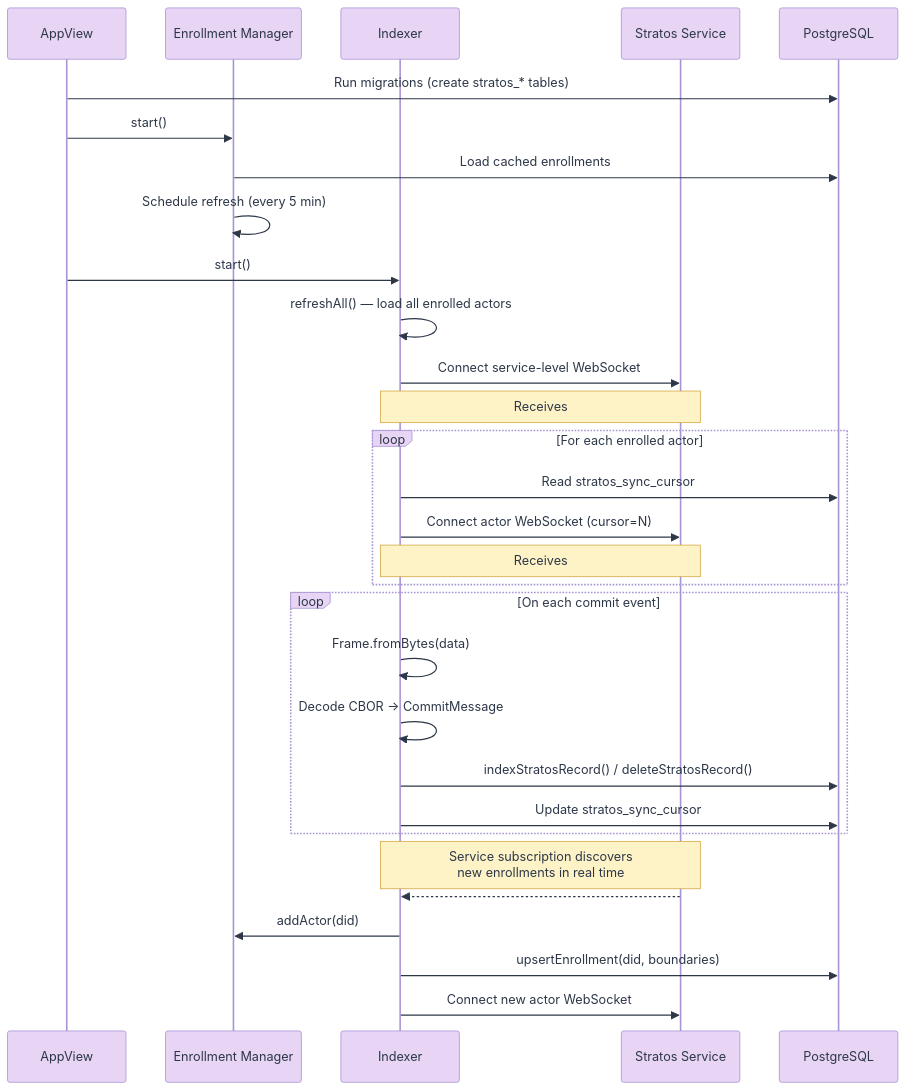
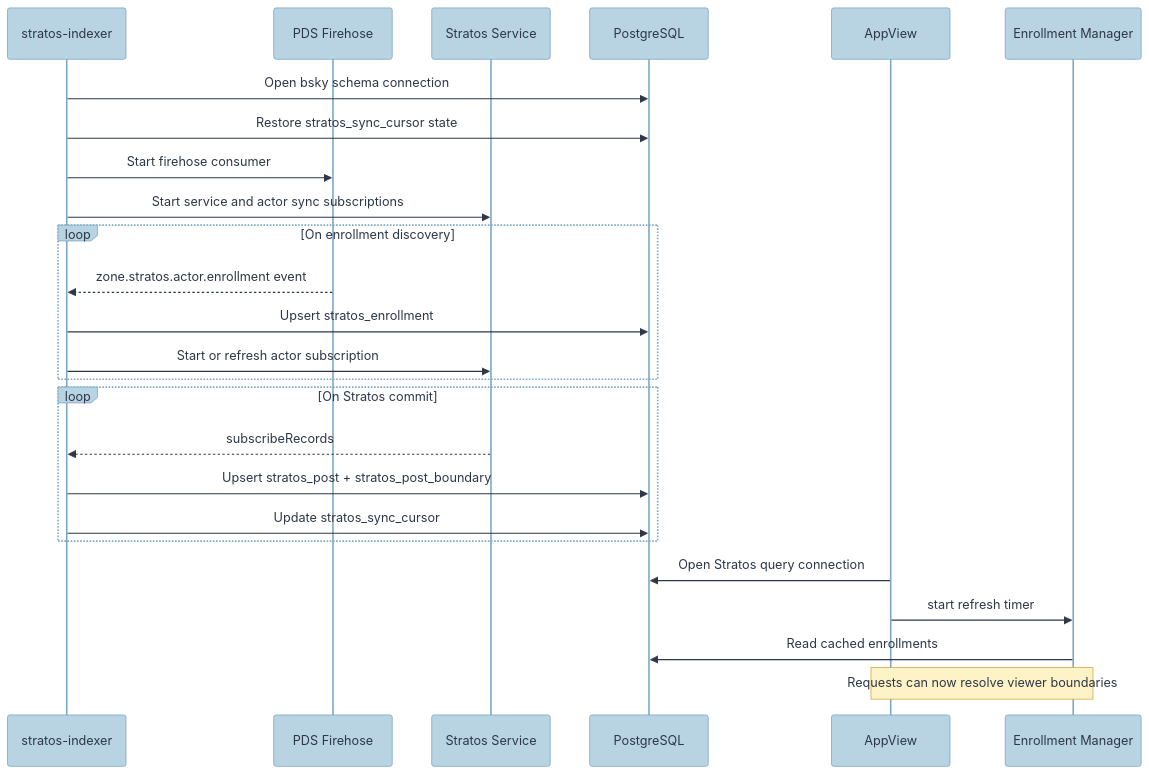
Before and after one commit to Ashex/atproto-stratos: the second of 2 diagrams in docs/stratos-integration.md, drawn with Mermaid. The commit also changed other lines of this file and 2 other files, not shown here.

First line of the commit message:
docs: simplify README and stratos-integration; add nx project.json

````diff
--- a/docs/stratos-integration.md
+++ b/docs/stratos-integration.md
@@ -95,56 +112,47 @@
 ```mermaid
 %%{init: {'theme': 'base', 'themeVariables': {
   'primaryColor': '#b8d4e3',
   'primaryTextColor': '#2d3748',
   'primaryBorderColor': '#7ba7c4',
   'secondaryColor': '#d4c5f0',
   'secondaryTextColor': '#2d3748',
   'secondaryBorderColor': '#a893d4',
   'tertiaryColor': '#c8e6c9',
   'tertiaryTextColor': '#2d3748',
   'tertiaryBorderColor': '#81c784',
   'lineColor': '#7ba7c4',
   'noteTextColor': '#2d3748',
   'noteBkgColor': '#fef3c7',
-  'noteBorderColor': '#d4a843',
-  'actorBkg': '#e8d5f5',
-  'actorBorder': '#a893d4',
-  'actorTextColor': '#2d3748'
+  'noteBorderColor': '#d4a843'
 }}}%%
 
 sequenceDiagram
+    participant IDX as stratos-indexer
+    participant PDS as PDS Firehose
+    participant S as Stratos Service
+    participant DB as PostgreSQL
     participant AV as AppView
     participant EM as Enrollment Manager
-    participant IX as Indexer
-    participant S as Stratos Service
-    participant DB as PostgreSQL
 
-    AV->>DB: Run migrations (create stratos_* tables)
-    AV->>EM: start()
-    EM->>DB: Load cached enrollments
-    EM->>EM: Schedule refresh (every 5 min)
+    IDX->>DB: Open bsky schema connection
+    IDX->>DB: Restore stratos_sync_cursor state
+    IDX->>PDS: Start firehose consumer
+    IDX->>S: Start service and actor sync subscriptions
 
-    AV->>IX: start()
-    IX->>IX: refreshAll() — load all enrolled actors
-    IX->>S: Connect service-level WebSocket
-    Note over IX,S: Receives #enrollment events<br/>for new/updated actors
-
-    loop For each enrolled actor
-        IX->>DB: Read stratos_sync_cursor
-        IX->>S: Connect actor WebSocket (cursor=N)
-        Note over IX,S: Receives #commit events<br/>with records since cursor N
+    loop On enrollment discovery
+        PDS-->>IDX: zone.stratos.actor.enrollment event
+        IDX->>DB: Upsert stratos_enrollment
+        IDX->>S: Start or refresh actor subscription
     end
 
-    loop On each commit event
-        IX->>IX: Frame.fromBytes(data)
-        IX->>IX: Decode CBOR → CommitMessage
-        IX->>DB: indexStratosRecord() / deleteStratosRecord()
-        IX->>DB: Update stratos_sync_cursor
+    loop On Stratos commit
+        S-->>IDX: subscribeRecords#commit
+        IDX->>DB: Upsert stratos_post + stratos_post_boundary
+        IDX->>DB: Update stratos_sync_cursor
     end
 
-    Note over IX,S: Service subscription discovers<br/>new enrollments in real time
-    S-->>IX: #enrollment { did, boundaries }
-    IX->>EM: addActor(did)
-    IX->>DB: upsertEnrollment(did, boundaries)
-    IX->>S: Connect new actor WebSocket
+    AV->>DB: Open Stratos query connection
+    AV->>EM: start refresh timer
+    EM->>DB: Read cached enrollments
+    Note over AV,EM: Requests can now resolve viewer boundaries
 ```
````
